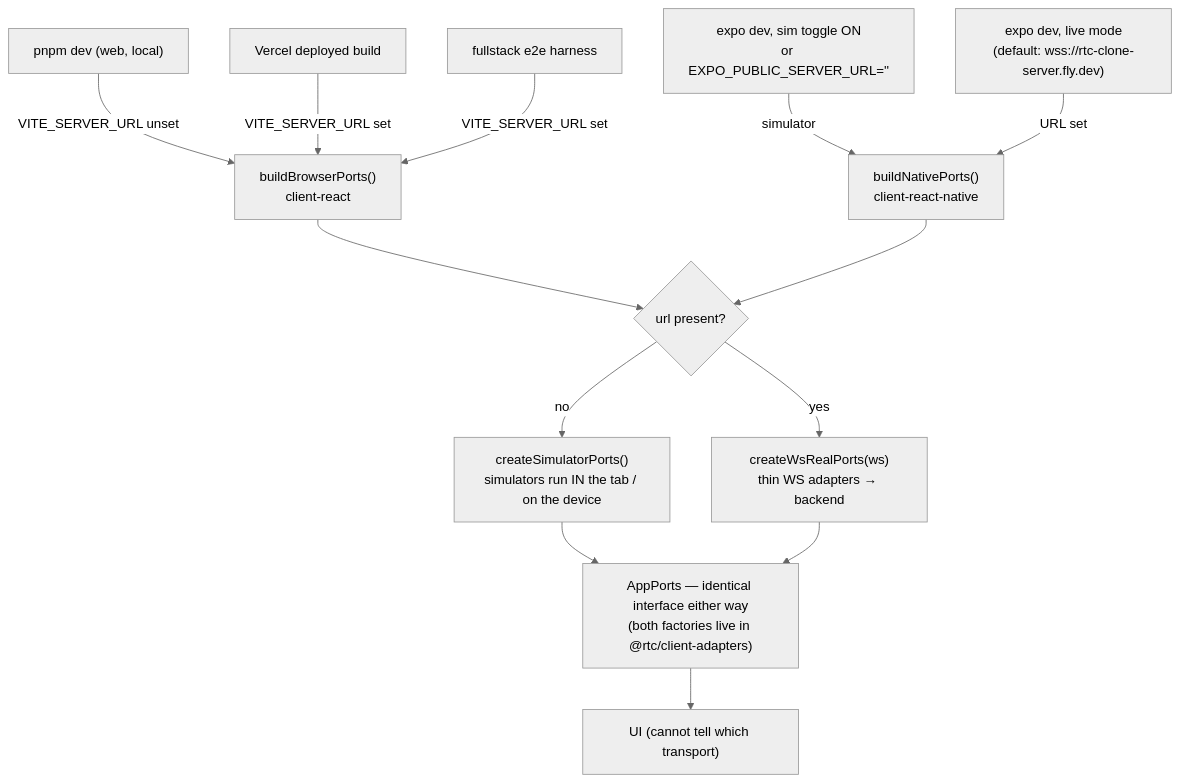
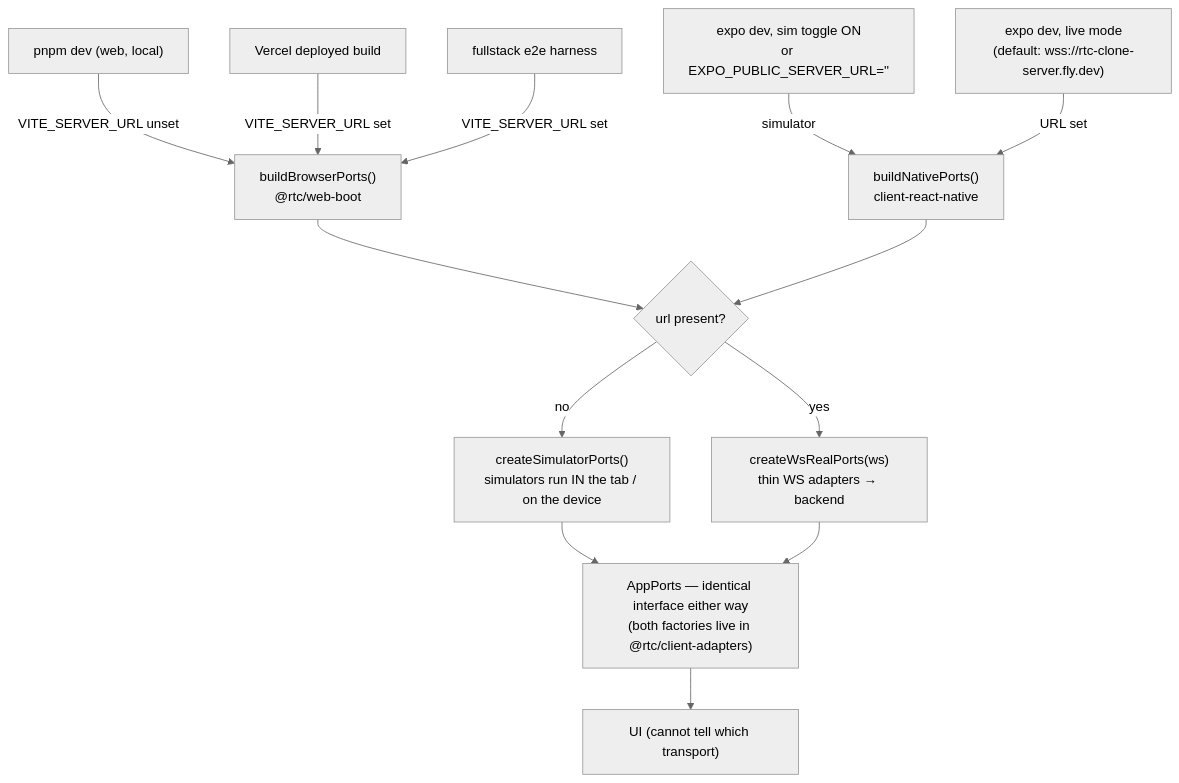
One commit to bettersoftware-io/ReactiveTraderCloudClone changed the first of 5 diagrams in docs/architecture/07-communication-patterns.md. Above: the diagram before and after it, drawn with Mermaid (neutral theme). The commit also changed 38 other files, not shown here.

First line of the commit message:
docs: buildBrowserPorts and the devtools hub factory live in @rtc/web-boot

````diff
--- a/docs/architecture/07-communication-patterns.md
+++ b/docs/architecture/07-communication-patterns.md
@@ -80,16 +80,16 @@
 ```mermaid
 flowchart TD
     Dev["pnpm dev (web, local)"] -->|"VITE_SERVER_URL unset"| RootW
     Deploy["Vercel deployed build"] -->|"VITE_SERVER_URL set"| RootW
     E2E["fullstack e2e harness"] -->|"VITE_SERVER_URL set"| RootW
     Sim["expo dev, sim toggle ON<br/>or EXPO_PUBLIC_SERVER_URL=''"] -->|"simulator"| RootN
     Live["expo dev, live mode<br/>(default: wss://rtc-clone-server.fly.dev)"] -->|"URL set"| RootN
 
-    RootW["buildBrowserPorts()<br/>client-react"] --> Q{"url present?"}
+    RootW["buildBrowserPorts()<br/>@rtc/web-boot"] --> Q{"url present?"}
     RootN["buildNativePorts()<br/>client-react-native"] --> Q
     Q -->|"no"| SIM["createSimulatorPorts()<br/>simulators run IN the tab / on the device"]
     Q -->|"yes"| WS["createWsRealPorts(ws)<br/>thin WS adapters → backend"]
     SIM --> Ports["AppPorts — identical interface either way<br/>(both factories live in @rtc/client-adapters)"]
     WS --> Ports
     Ports --> UI["UI (cannot tell which transport)"]
 ```
````
